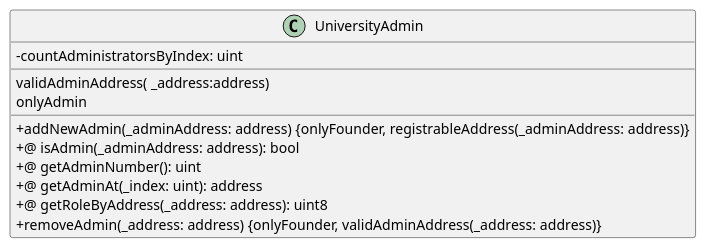
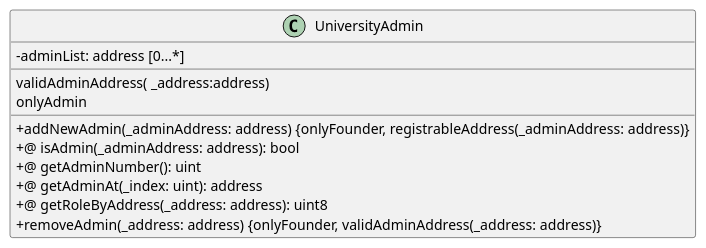
The diagram in Solidity/Contracts/UniversityAdmin.iuml (M9k/Marvin-Uml), drawn with PlantUML before and after one commit. The commit also changed 4 other files, not shown here.

```diff
--- a/Solidity/Contracts/UniversityAdmin.iuml
+++ b/Solidity/Contracts/UniversityAdmin.iuml
@@ -1,16 +1,16 @@
 @startuml
 skinparam classAttributeIconSize 0
 class UniversityAdmin {
-- countAdministratorsByIndex: uint
+- adminList: address [0...*]
 __
 validAdminAddress( _address:address)
 onlyAdmin
 __
 + addNewAdmin(_adminAddress: address) {onlyFounder, registrableAddress(_adminAddress: address)}
 +@ isAdmin(_adminAddress: address): bool
 +@ getAdminNumber(): uint
 +@ getAdminAt(_index: uint): address
 +@ getRoleByAddress(_address: address): uint8
 + removeAdmin(_address: address) {onlyFounder, validAdminAddress(_address: address)}
 }
 @enduml
```
